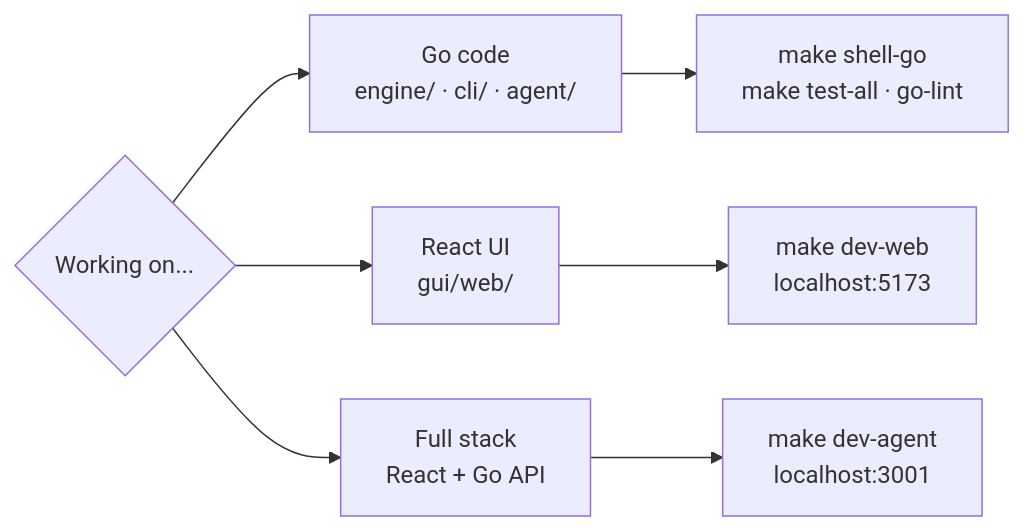
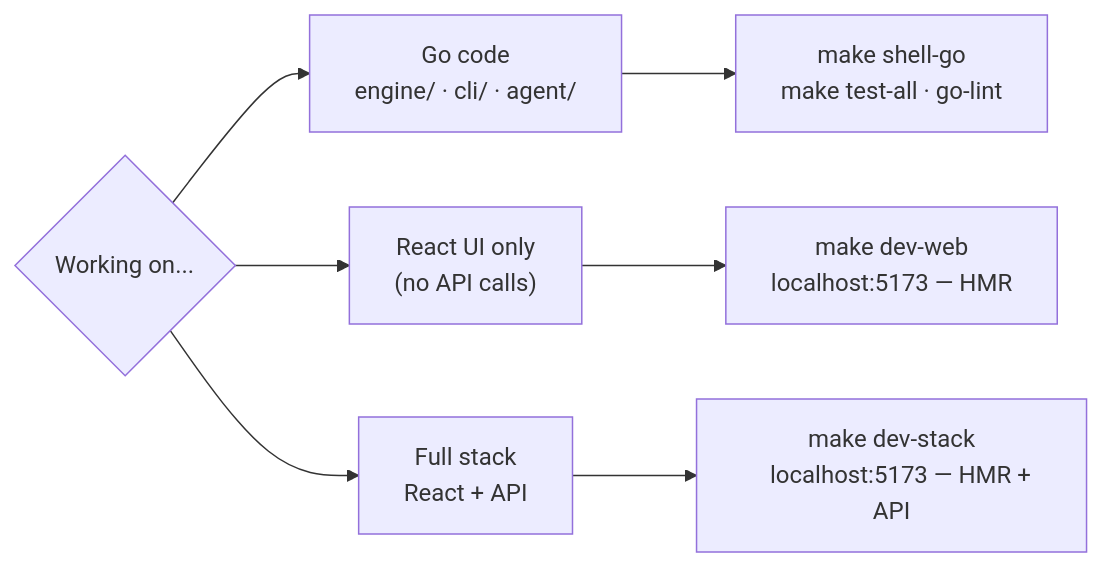
One commit to guillaumedelre/reqlet changed the diagram in docs/development.md. Above: the diagram before and after it, drawn with Mermaid. The commit also changed other lines of this file and 11 other files, not shown here.

First line of the commit message:
feat(agent): add health endpoint, tests, Vite proxy, and dev-stack workflow (#23)

````diff
--- a/docs/development.md
+++ b/docs/development.md
@@ -30,17 +30,17 @@
 ```mermaid
 flowchart LR
     Q{"Working on..."}
     Go["Go code
     engine/ · cli/ · agent/"]
-    Web["React UI
-    gui/web/"]
+    Web["React UI only
+    (no API calls)"]
     FS["Full stack
-    React + Go API"]
+    React + API"]
 
-    Q --> Go    --> GoC["make shell-go
+    Q --> Go  --> GoC["make shell-go
     make test-all · go-lint"]
-    Q --> Web   --> WebC["make dev-web
-    localhost:5173"]
-    Q --> FS    --> FSC["make dev-agent
-    localhost:3001"]
+    Q --> Web --> WebC["make dev-web
+    localhost:5173 — HMR"]
+    Q --> FS  --> FSC["make dev-stack
+    localhost:5173 — HMR + API"]
 ```
````
